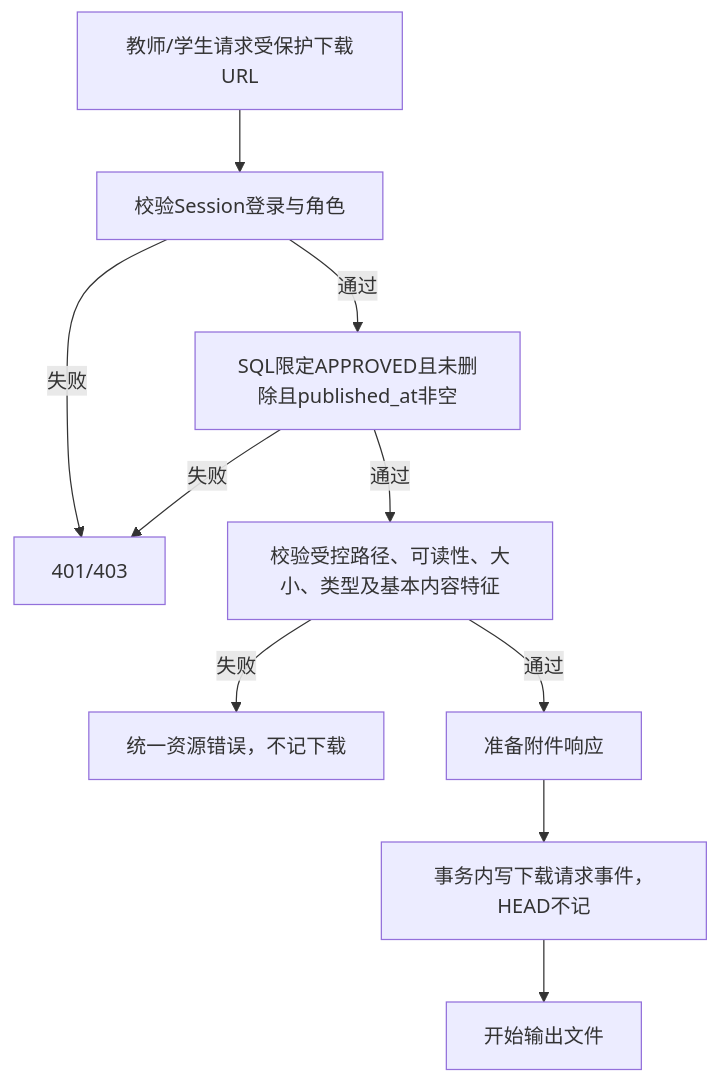
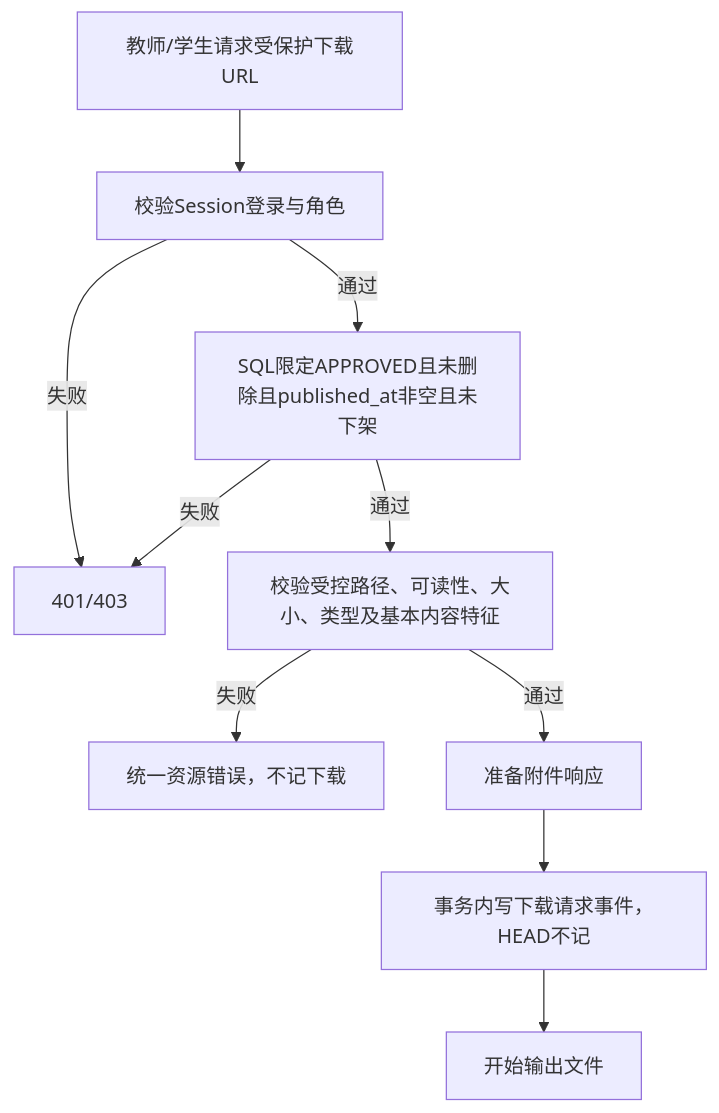
The sixth of 8 diagrams in docs/04-业务流程.md (snowlei1/Management-System), drawn with Mermaid before and after one commit. The commit also changed other lines of this file and 48 other files, not shown here.

````diff
--- a/docs/04-业务流程.md
+++ b/docs/04-业务流程.md
@@ -114,12 +114,12 @@
 ```mermaid
 flowchart TD
     A[教师/学生请求受保护下载URL] --> B[校验Session登录与角色]
     B -->|失败| X[401/403]
-    B -->|通过| C[SQL限定APPROVED且未删除且published_at非空]
+    B -->|通过| C[SQL限定APPROVED且未删除且published_at非空且未下架]
     C -->|失败| X
     C -->|通过| D[校验受控路径、可读性、大小、类型及基本内容特征]
     D -->|失败| Y[统一资源错误，不记下载]
     D -->|通过| E[准备附件响应]
     E --> F[事务内写下载请求事件，HEAD不记]
     F --> G[开始输出文件]
 ```
````
